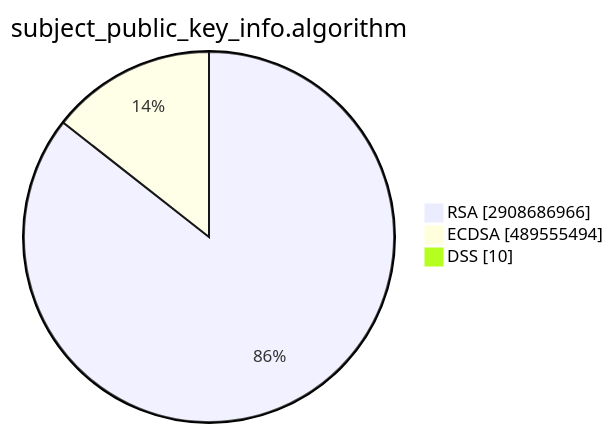
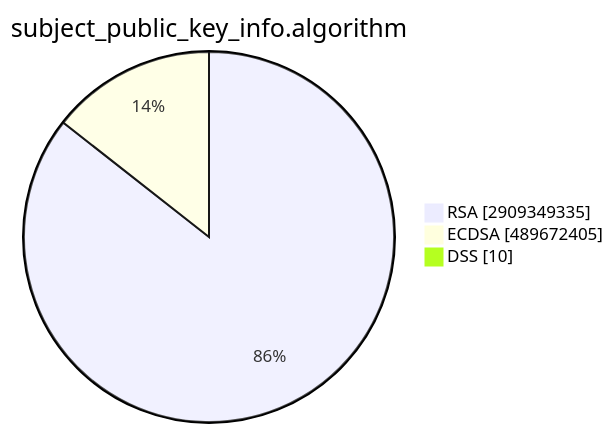
One commit to christiankrug/ctmonitor_visualization changed the second of 15 diagrams in TOTAL/README.md. Above: the diagram before and after it, drawn with Mermaid. The commit also changed other lines of this file, not shown here.

````diff
--- a/TOTAL/README.md
+++ b/TOTAL/README.md
@@ -6,7 +6,7 @@
 ```mermaid
 pie showData
 title subject_public_key_info.algorithm
-"RSA" :2908686966
-"ECDSA" :489555494
+"RSA" :2909349335
+"ECDSA" :489672405
 "DSS" :10
 ```
````
